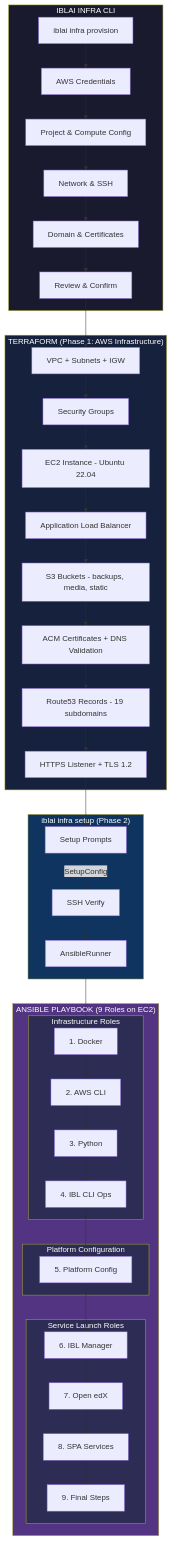
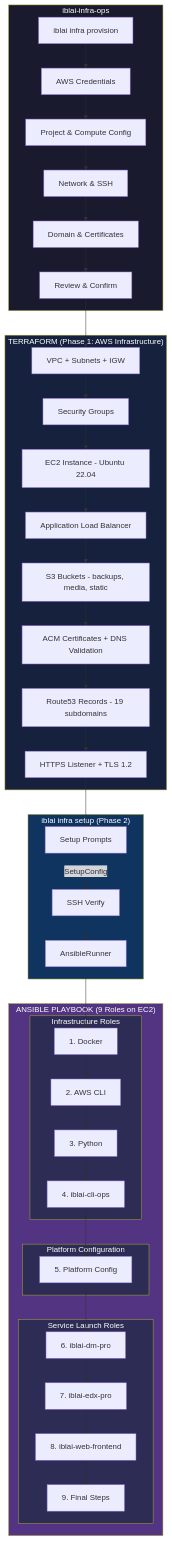
One commit to iblai/infra-cli changed the first of 3 diagrams in docs/architecture.md. Above: the diagram before and after it, drawn with Mermaid. The commit also changed other lines of this file, not shown here.

First line of the commit message:
docs: use standard product names in architecture diagram

````diff
--- a/docs/architecture.md
+++ b/docs/architecture.md
@@ -5,57 +5,57 @@
 ```mermaid
 flowchart TB
-    subgraph CLI["IBLAI INFRA CLI"]
+    subgraph CLI["iblai-infra-ops"]
         A[iblai infra provision] --> P1[AWS Credentials]
         P1 --> P2[Project & Compute Config]
         P2 --> P3[Network & SSH]
         P3 --> P4[Domain & Certificates]
         P4 --> P5[Review & Confirm]
     end
 
     subgraph TF["TERRAFORM (Phase 1: AWS Infrastructure)"]
         P5 --> TF1[VPC + Subnets + IGW]
         TF1 --> TF2[Security Groups]
         TF2 --> TF3[EC2 Instance - Ubuntu 22.04]
         TF3 --> TF4[Application Load Balancer]
         TF4 --> TF5[S3 Buckets - backups, media, static]
         TF5 --> TF6[ACM Certificates + DNS Validation]
         TF6 --> TF7[Route53 Records - 19 subdomains]
         TF7 --> TF8[HTTPS Listener + TLS 1.2]
     end
 
     subgraph SETUP["iblai infra setup (Phase 2)"]
         TF8 --> S1[Setup Prompts]
         S1 -->|SetupConfig| S2[SSH Verify]
         S2 --> S3[AnsibleRunner]
     end
 
     subgraph ANSIBLE["ANSIBLE PLAYBOOK (9 Roles on EC2)"]
         S3 --> R1
 
         subgraph INFRA_ROLES["Infrastructure Roles"]
             R1["1. Docker"]
             R1 --> R2["2. AWS CLI"]
             R2 --> R3["3. Python"]
-            R3 --> R4["4. IBL CLI Ops"]
+            R3 --> R4["4. iblai-cli-ops"]
         end
 
         subgraph CONFIG_ROLE["Platform Configuration"]
             R4 --> R5["5. Platform Config"]
         end
 
         subgraph SERVICE_ROLES["Service Launch Roles"]
-            R5 --> R6["6. IBL Manager"]
-            R6 --> R7["7. Open edX"]
-            R7 --> R8["8. SPA Services"]
+            R5 --> R6["6. iblai-dm-pro"]
+            R6 --> R7["7. iblai-edx-pro"]
+            R7 --> R8["8. iblai-web-frontend"]
             R8 --> R9["9. Final Steps"]
         end
     end
 
     style CLI fill:#1a1a2e,color:#fff
     style TF fill:#16213e,color:#fff
     style SETUP fill:#0f3460,color:#fff
     style ANSIBLE fill:#533483,color:#fff
     style INFRA_ROLES fill:#2c2c54,color:#fff
     style CONFIG_ROLE fill:#2c2c54,color:#fff
     style SERVICE_ROLES fill:#2c2c54,color:#fff
 ```
````
